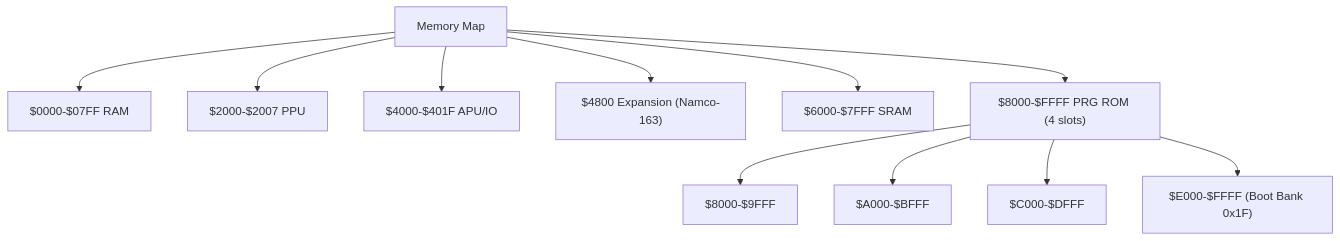
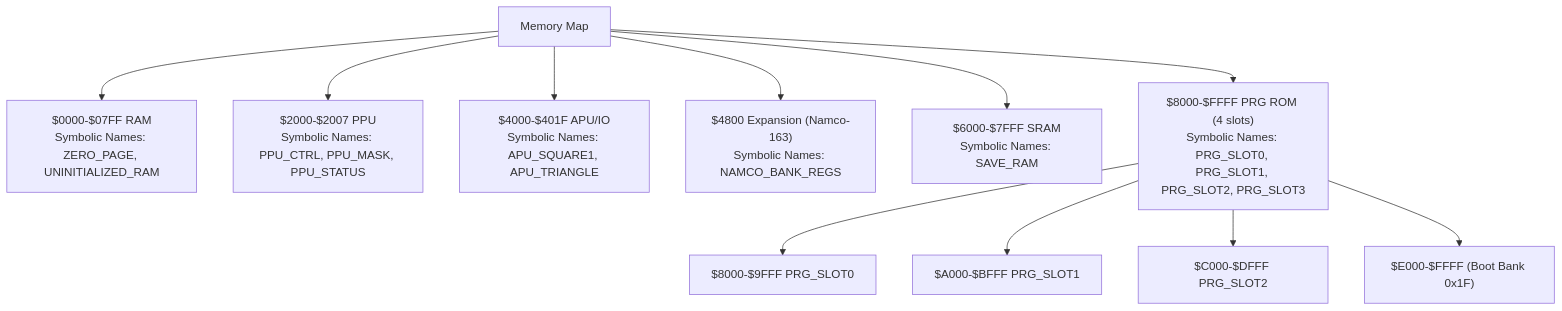
Before and after one commit to rabbyzero/sango2dasm: the third of 9 diagrams in .qoder/repowiki/en/content/Assembly Architecture/Assembly Architecture.md, drawn with Mermaid. The commit also changed other lines of this file and 23 other files, not shown here.

````diff
--- a/.qoder/repowiki/en/content/Assembly Architecture/Assembly Architecture.md
+++ b/.qoder/repowiki/en/content/Assembly Architecture/Assembly Architecture.md
@@ -157,13 +157,13 @@
 ```mermaid
 flowchart TD
-MEM["Memory Map"] --> RAM["$0000-$07FF RAM"]
-MEM --> PPUREG["$2000-$2007 PPU"]
-MEM --> IOREG["$4000-$401F APU/IO"]
-MEM --> EXPROM["$4800 Expansion (Namco-163)"]
-MEM --> SRAM["$6000-$7FFF SRAM"]
-MEM --> PRG["$8000-$FFFF PRG ROM (4 slots)"]
-PRG --> SLOT0["$8000-$9FFF"]
-PRG --> SLOT1["$A000-$BFFF"]
-PRG --> SLOT2["$C000-$DFFF"]
+MEM["Memory Map"] --> RAM["$0000-$07FF RAM<br/>Symbolic Names: ZERO_PAGE, UNINITIALIZED_RAM"]
+MEM --> PPUREG["$2000-$2007 PPU<br/>Symbolic Names: PPU_CTRL, PPU_MASK, PPU_STATUS"]
+MEM --> IOREG["$4000-$401F APU/IO<br/>Symbolic Names: APU_SQUARE1, APU_TRIANGLE"]
+MEM --> EXPROM["$4800 Expansion (Namco-163)<br/>Symbolic Names: NAMCO_BANK_REGS"]
+MEM --> SRAM["$6000-$7FFF SRAM<br/>Symbolic Names: SAVE_RAM"]
+MEM --> PRG["$8000-$FFFF PRG ROM (4 slots)<br/>Symbolic Names: PRG_SLOT0, PRG_SLOT1, PRG_SLOT2, PRG_SLOT3"]
+PRG --> SLOT0["$8000-$9FFF PRG_SLOT0"]
+PRG --> SLOT1["$A000-$BFFF PRG_SLOT1"]
+PRG --> SLOT2["$C000-$DFFF PRG_SLOT2"]
 PRG --> SLOT3["$E000-$FFFF (Boot Bank 0x1F)"]
 ```
````
